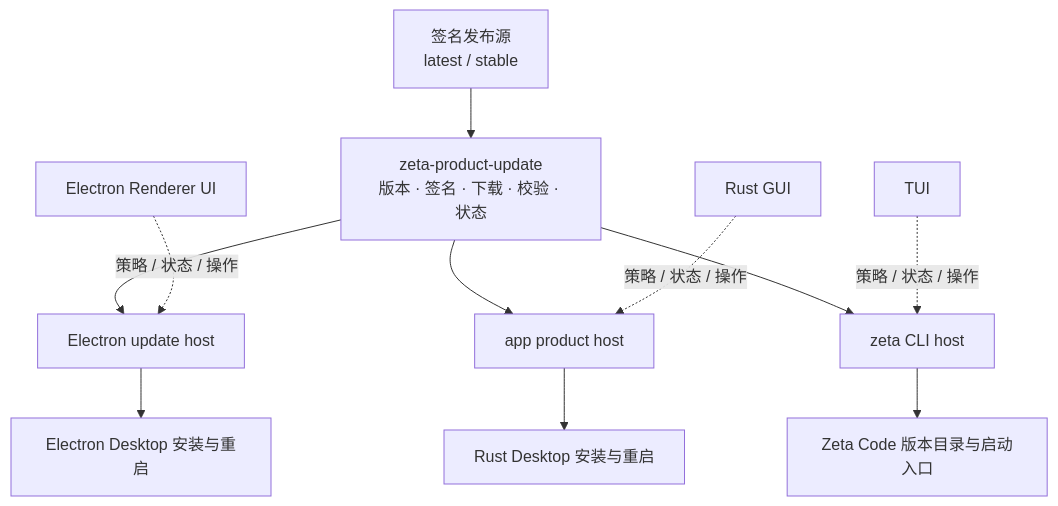
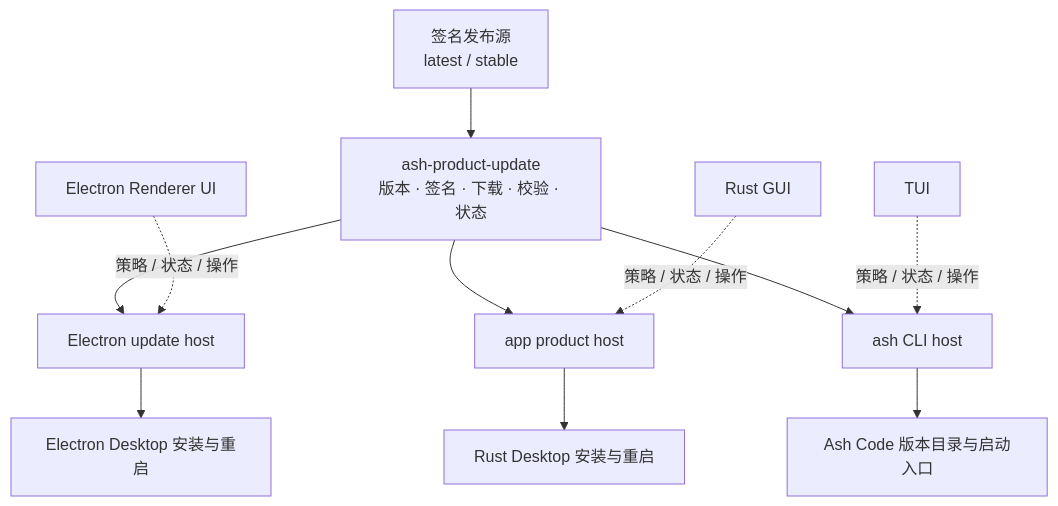
One commit to chogng/zeta changed the diagram in docs/product-update-architecture.md. Above: the diagram before and after it, drawn with Mermaid. The commit also changed other lines of this file and 7718 other files, not shown here.

Commit message:
refactor: rename zeta to ash

````diff
--- a/docs/product-update-architecture.md
+++ b/docs/product-update-architecture.md
@@ -16,13 +16,13 @@
 ```mermaid
 flowchart TD
-    Release["签名发布源\nlatest / stable"] --> Core["zeta-product-update\n版本 · 签名 · 下载 · 校验 · 状态"]
+    Release["签名发布源\nlatest / stable"] --> Core["ash-product-update\n版本 · 签名 · 下载 · 校验 · 状态"]
     Core --> ElectronHost["Electron update host"]
     Core --> RustHost["app product host"]
-    Core --> CliHost["zeta CLI host"]
+    Core --> CliHost["ash CLI host"]
     ElectronHost --> ElectronInstall["Electron Desktop 安装与重启"]
     RustHost --> RustInstall["Rust Desktop 安装与重启"]
-    CliHost --> CliInstall["Zeta Code 版本目录与启动入口"]
+    CliHost --> CliInstall["Ash Code 版本目录与启动入口"]
     ElectronUI["Electron Renderer UI"] -. "策略 / 状态 / 操作" .-> ElectronHost
     RustUI["Rust GUI"] -. "策略 / 状态 / 操作" .-> RustHost
     Tui["TUI"] -. "策略 / 状态 / 操作" .-> CliHost
 ```
````
